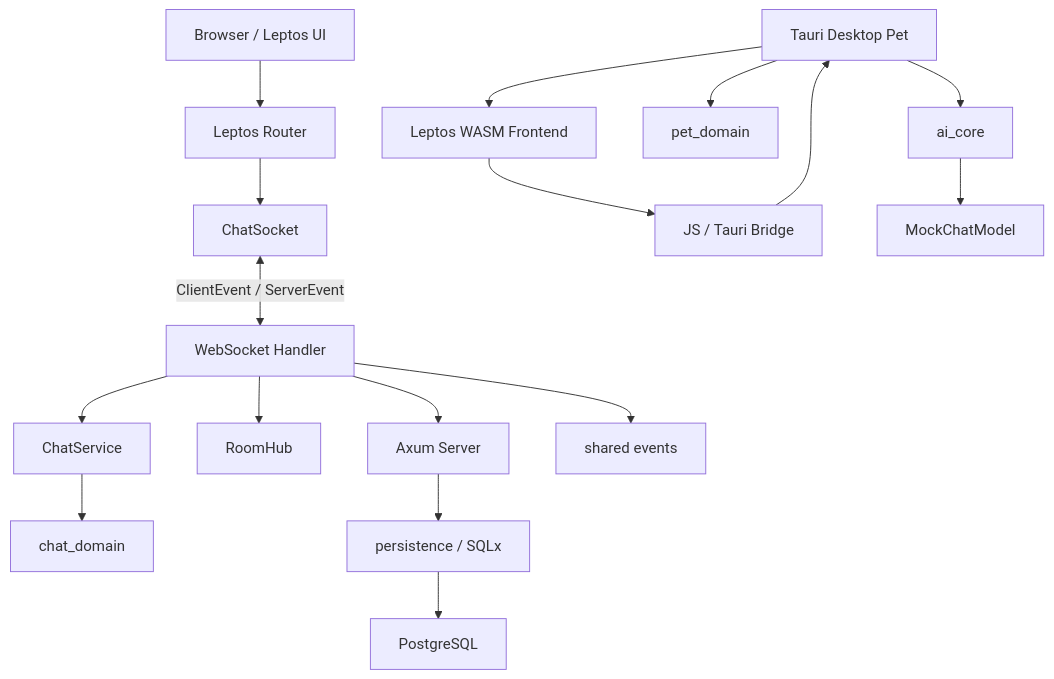
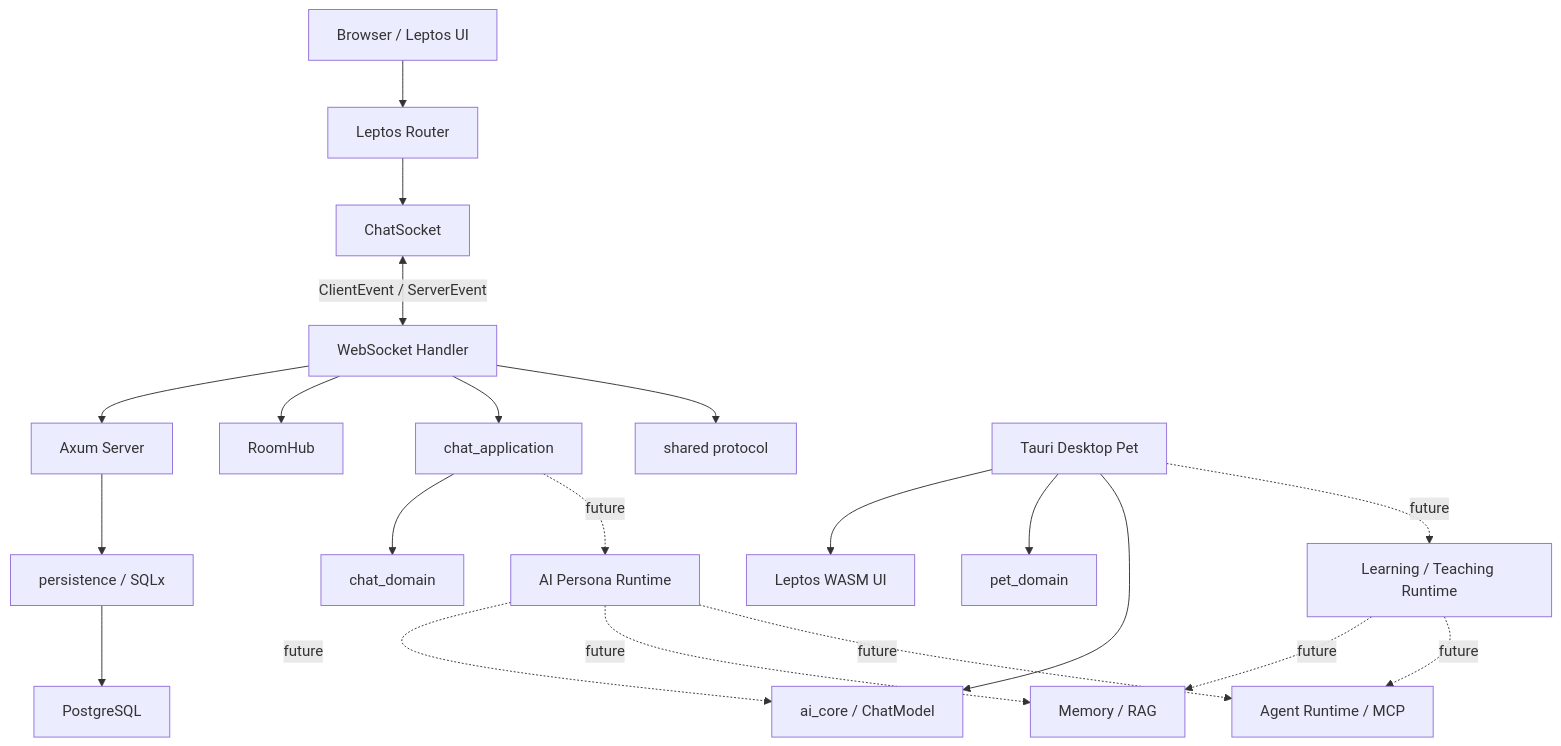
Before and after one commit to williechen/rust_ai_chat: the diagram in README.md, drawn with Mermaid. The commit also changed other lines of this file, not shown here.

Commit message:
docs: refocus README on Rust Leptos AI learning goals

````diff
--- a/README.md
+++ b/README.md
@@ -657,40 +453,48 @@
 ```mermaid
 flowchart TB
     Browser["Browser / Leptos UI"]
     Router["Leptos Router"]
     WSClient["ChatSocket"]
-    Axum["Axum Server"]
+    Server["Axum Server"]
     WS["WebSocket Handler"]
     Hub["RoomHub"]
-    ChatService["ChatService"]
-    Domain["chat_domain"]
-    Protocol["shared events"]
+    ChatApp["chat_application"]
+    ChatDomain["chat_domain"]
+    Shared["shared protocol"]
+    Persist["persistence / SQLx"]
     PG["PostgreSQL"]
-    Persist["persistence / SQLx"]
+
+    Persona["AI Persona Runtime"]
+    AI["ai_core / ChatModel"]
+    Memory["Memory / RAG"]
+    Agent["Agent Runtime / MCP"]
 
     Desktop["Tauri Desktop Pet"]
-    PetUI["Leptos WASM Frontend"]
-    Bridge["JS / Tauri Bridge"]
+    PetUI["Leptos WASM UI"]
     PetDomain["pet_domain"]
-    AiCore["ai_core"]
-    Mock["MockChatModel"]
+    Learning["Learning / Teaching Runtime"]
 
     Browser --> Router
     Router --> WSClient
     WSClient <-->|ClientEvent / ServerEvent| WS
-    WS --> Axum
+    WS --> Server
     WS --> Hub
-    WS --> ChatService
-    ChatService --> Domain
-    WS --> Protocol
+    WS --> ChatApp
+    ChatApp --> ChatDomain
+    WS --> Shared
 
-    Axum --> Persist
+    Server --> Persist
     Persist --> PG
 
+    ChatApp -. future .-> Persona
+    Persona -. future .-> AI
+    Persona -. future .-> Memory
+    Persona -. future .-> Agent
+
     Desktop --> PetUI
-    PetUI --> Bridge
-    Bridge --> Desktop
     Desktop --> PetDomain
-    Desktop --> AiCore
-    AiCore --> Mock
+    Desktop --> AI
+    Desktop -. future .-> Learning
+    Learning -. future .-> Memory
+    Learning -. future .-> Agent
 ```
````
